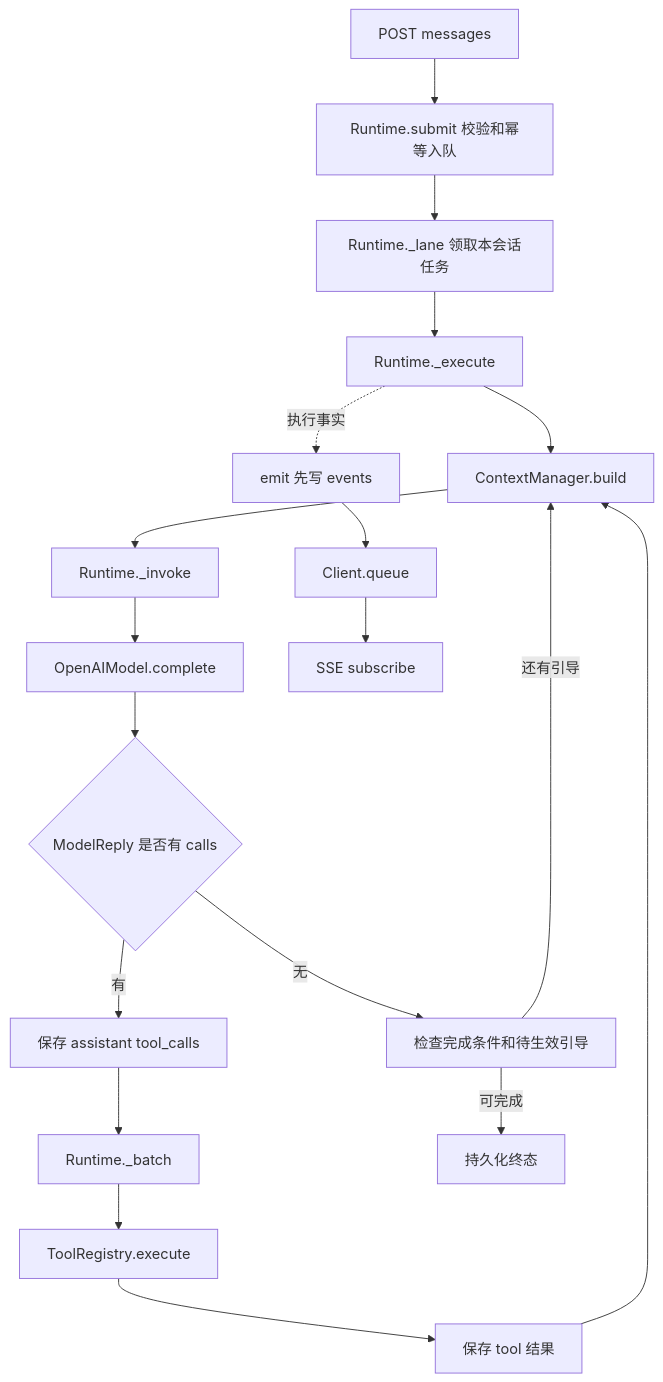
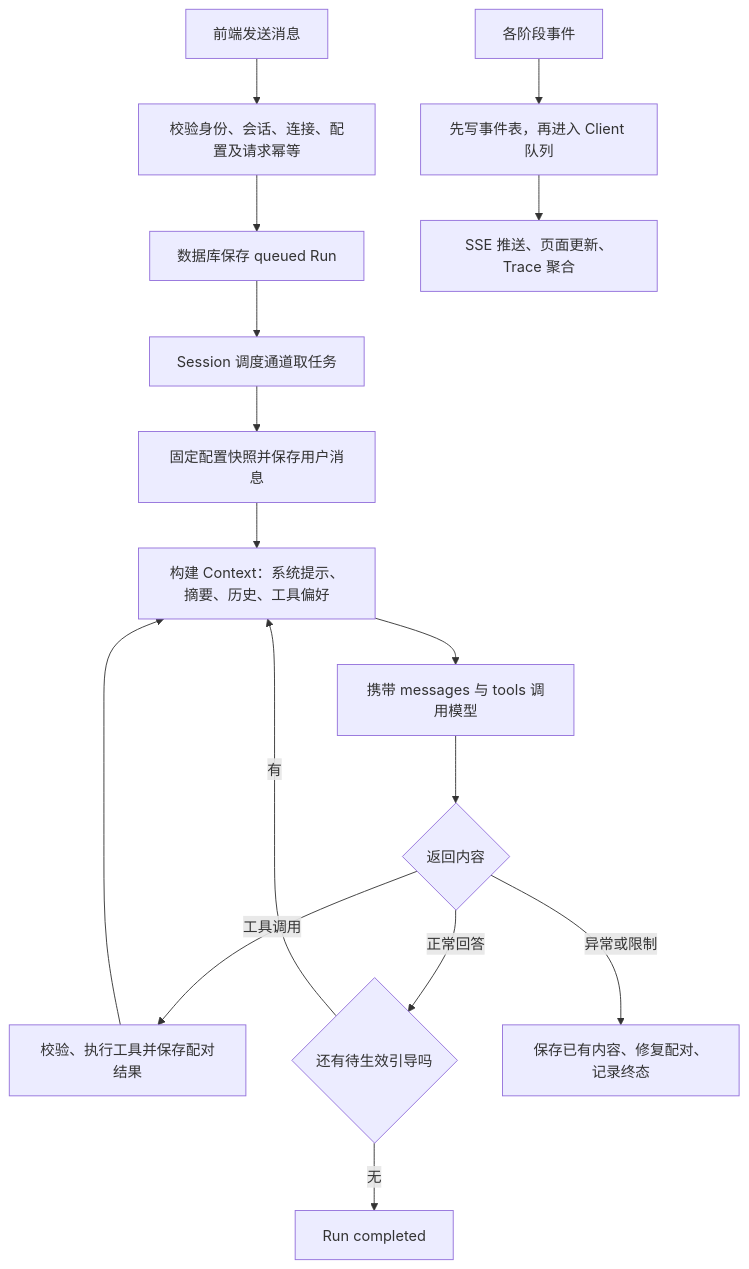
One commit to 3027726980/guangcheng_agent_harness changed the diagram in dev_docs/backend_learning_3days.md. Above: the diagram before and after it, drawn with Mermaid. The commit also changed other lines of this file and 18 other files, not shown here.

Commit message:
refactor: unify tools under BaseTool and refresh three-day learning guide

````diff
--- a/dev_docs/backend_learning_3days.md
+++ b/dev_docs/backend_learning_3days.md
@@ -92,21 +9,18 @@
 ```mermaid
 flowchart TD
-  A[POST messages] --> B[Runtime.submit 校验和幂等入队]
-  B --> C[Runtime._lane 领取本会话任务]
-  C --> D[Runtime._execute]
-  D --> E[ContextManager.build]
-  E --> F[Runtime._invoke]
-  F --> G[OpenAIModel.complete]
-  G --> H{ModelReply 是否有 calls}
-  H -->|有| I[保存 assistant tool_calls]
-  I --> J[Runtime._batch]
-  J --> K[ToolRegistry.execute]
-  K --> L[保存 tool 结果]
-  L --> E
-  H -->|无| M[检查完成条件和待生效引导]
-  M -->|还有引导| E
-  M -->|可完成| N[持久化终态]
-  D -.执行事实.-> O[emit 先写 events]
-  O --> P[Client.queue]
-  P --> Q[SSE subscribe]
+    A[前端发送消息] --> B[校验身份、会话、连接、配置及请求幂等]
+    B --> C[数据库保存 queued Run]
+    C --> D[Session 调度通道取任务]
+    D --> E[固定配置快照并保存用户消息]
+    E --> F[构建 Context：系统提示、摘要、历史、工具偏好]
+    F --> G[携带 messages 与 tools 调用模型]
+    G --> H{返回内容}
+    H -->|工具调用| I[校验、执行工具并保存配对结果]
+    I --> F
+    H -->|正常回答| J{还有待生效引导吗}
+    J -->|有| F
+    J -->|无| K[Run completed]
+    H -->|异常或限制| M[保存已有内容、修复配对、记录终态]
+    N[各阶段事件] --> O[先写事件表，再进入 Client 队列]
+    O --> P[SSE 推送、页面更新、Trace 聚合]
 ```
````
